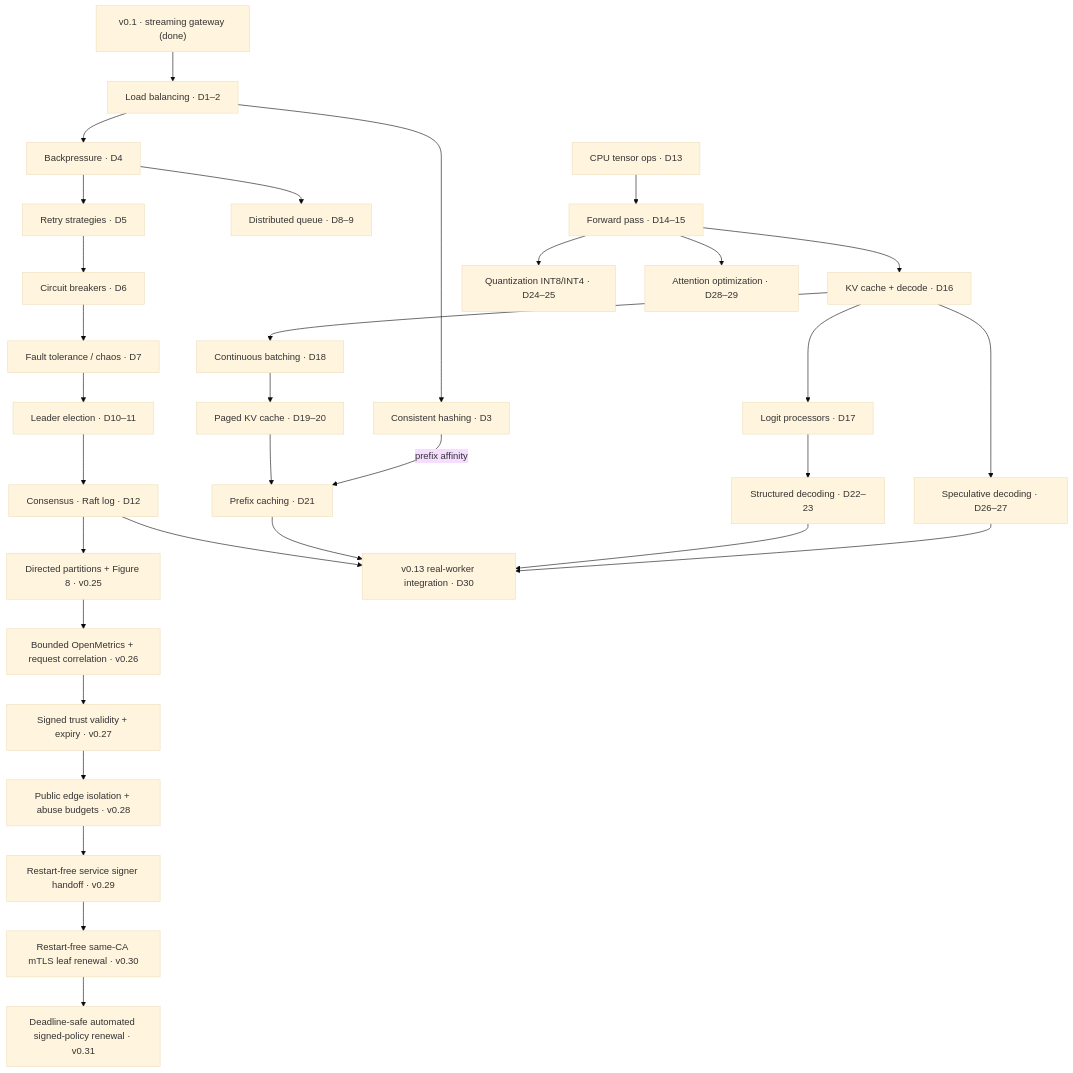
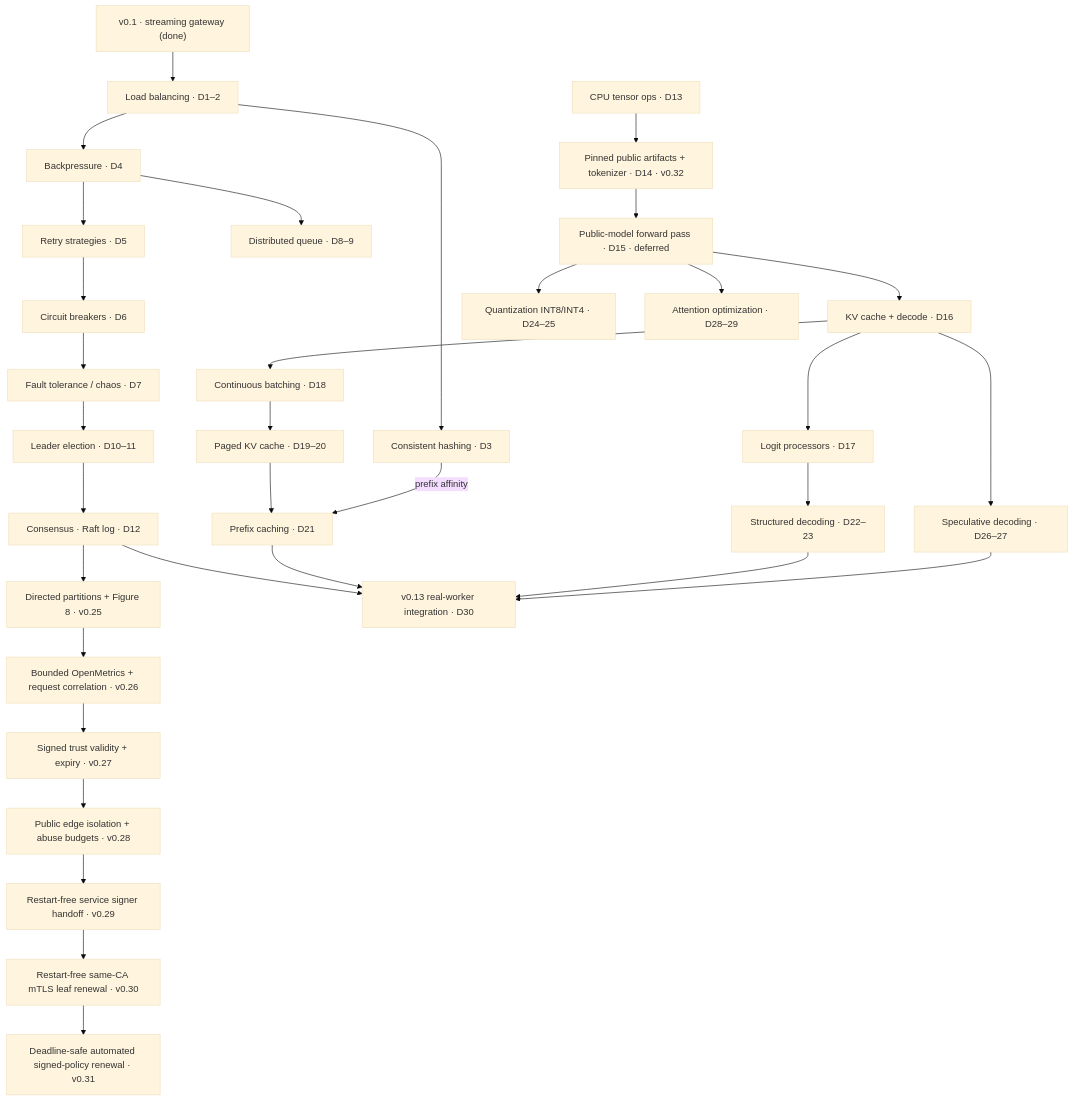
The first of 7 diagrams in docs/plan-30-days.md (conan505/inferLab), drawn with Mermaid (base theme) before and after one commit. The commit also changed other lines of this file and 21 other files, not shown here.

````diff
--- a/docs/plan-30-days.md
+++ b/docs/plan-30-days.md
@@ -11,35 +11,36 @@
 ```mermaid
 flowchart TD
     S["v0.1 · streaming gateway (done)"] --> LB["Load balancing · D1–2"]
     LB --> CH["Consistent hashing · D3"]
     LB --> BP["Backpressure · D4"]
     BP --> RT["Retry strategies · D5"]
     RT --> CB["Circuit breakers · D6"]
     CB --> FT["Fault tolerance / chaos · D7"]
     BP --> DQ["Distributed queue · D8–9"]
     FT --> LE["Leader election · D10–11"]
     LE --> CS["Consensus · Raft log · D12"]
     CS --> PART["Directed partitions + Figure 8 · v0.25"]
     PART --> OBS["Bounded OpenMetrics + request correlation · v0.26"]
     OBS --> EXP["Signed trust validity + expiry · v0.27"]
     EXP --> EDGE["Public edge isolation + abuse budgets · v0.28"]
     EDGE --> HANDOFF["Restart-free service signer handoff · v0.29"]
     HANDOFF --> TLSRENEW["Restart-free same-CA mTLS leaf renewal · v0.30"]
     TLSRENEW --> POLICYRENEW["Deadline-safe automated signed-policy renewal · v0.31"]
 
-    S2["CPU tensor ops · D13"] --> FP["Forward pass · D14–15"]
+    S2["CPU tensor ops · D13"] --> PUB["Pinned public artifacts + tokenizer · D14 · v0.32"]
+    PUB --> FP["Public-model forward pass · D15 · deferred"]
     FP --> KV["KV cache + decode · D16"]
     KV --> LP["Logit processors · D17"]
     KV --> CBATCH["Continuous batching · D18"]
     CBATCH --> PKV["Paged KV cache · D19–20"]
     PKV --> PC["Prefix caching · D21"]
     CH -->|prefix affinity| PC
     LP --> SD["Structured decoding · D22–23"]
     FP --> QZ["Quantization INT8/INT4 · D24–25"]
     KV --> SPEC["Speculative decoding · D26–27"]
     FP --> ATT["Attention optimization · D28–29"]
     CS --> INT["v0.13 real-worker integration · D30"]
     PC --> INT
     SD --> INT
     SPEC --> INT
 ```
````
